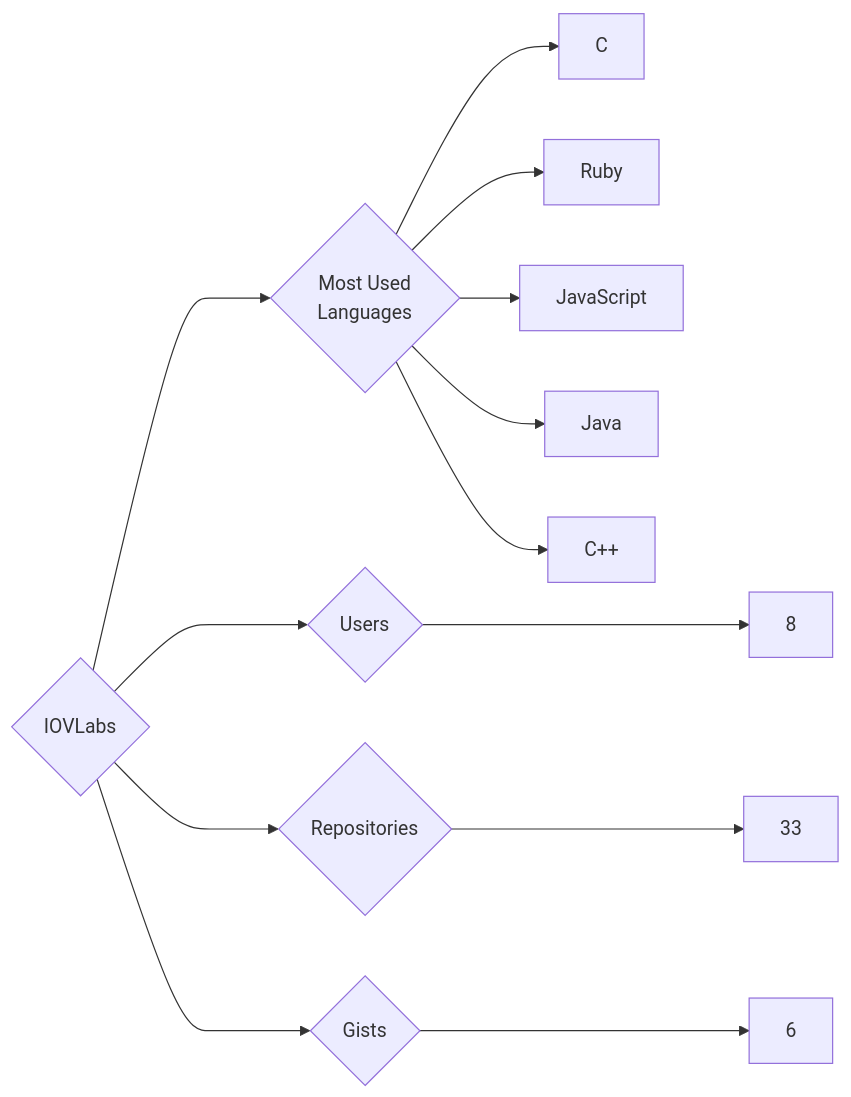
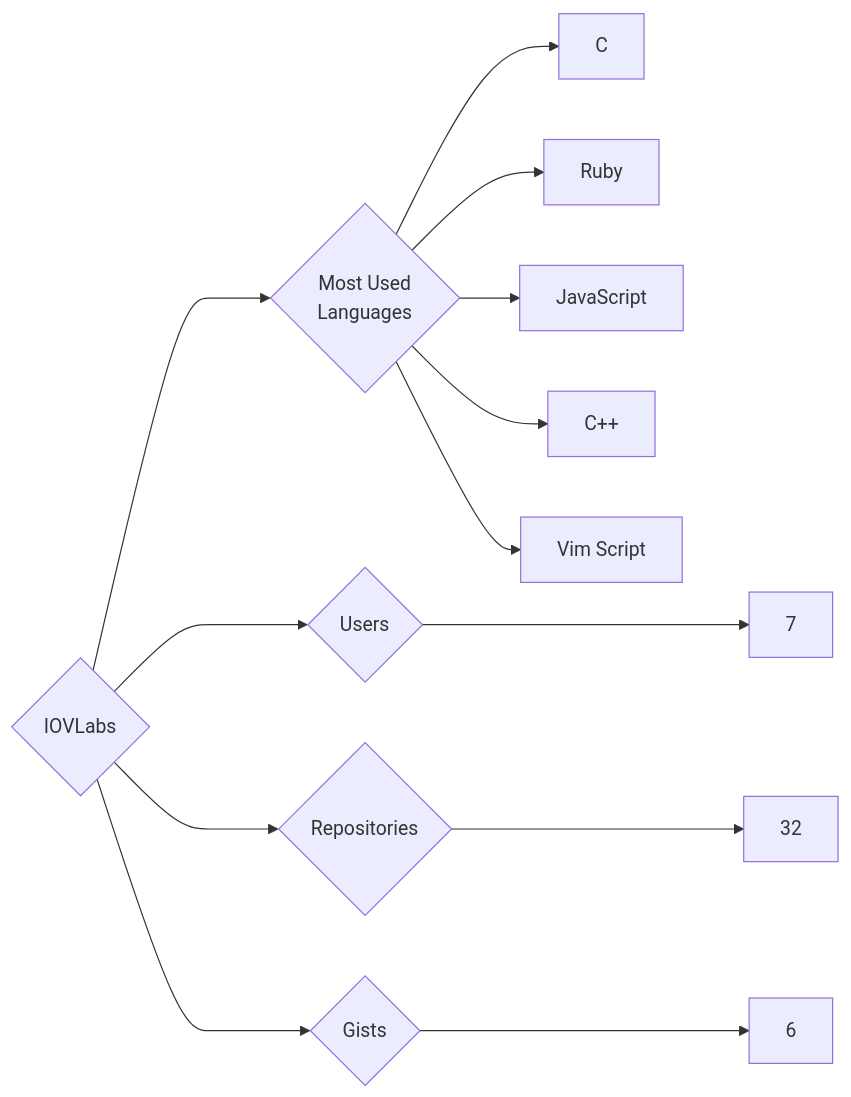
One commit to trickest/insiders changed the diagram in targets/IOVLabs/README.md. Above: the diagram before and after it, drawn with Mermaid. The commit also changed 783 other files, not shown here.

````diff
--- a/targets/IOVLabs/README.md
+++ b/targets/IOVLabs/README.md
@@ -3,13 +3,13 @@
 ```mermaid
 graph LR
 COMPANY_NAME{IOVLabs}
-COMPANY_NAME ---> U{Users} ---> UN[8]
-COMPANY_NAME ---> R{Repositories} ---> RN[33]
+COMPANY_NAME ---> U{Users} ---> UN[7]
+COMPANY_NAME ---> R{Repositories} ---> RN[32]
 COMPANY_NAME ---> G{Gists} ---> GN[6]
 COMPANY_NAME ---> ML{Most Used<br>Languages}
 ML --> C[C]
 ML --> Ruby[Ruby]
 ML --> JavaScript[JavaScript]
-ML --> Java[Java]
 ML --> C++[C++]
+ML --> Vim_Script[Vim Script]
 ```
````
